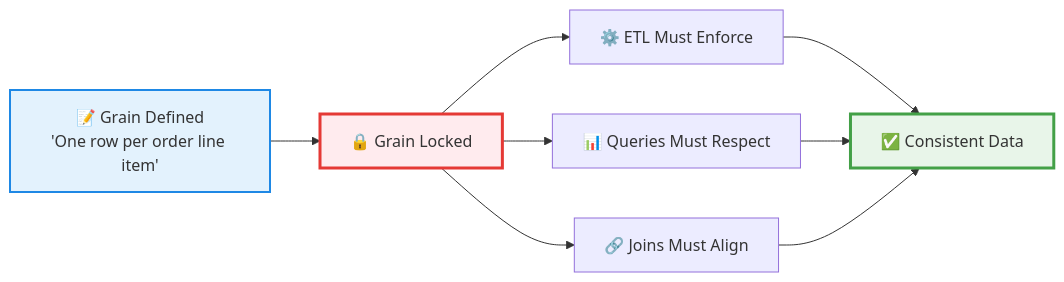
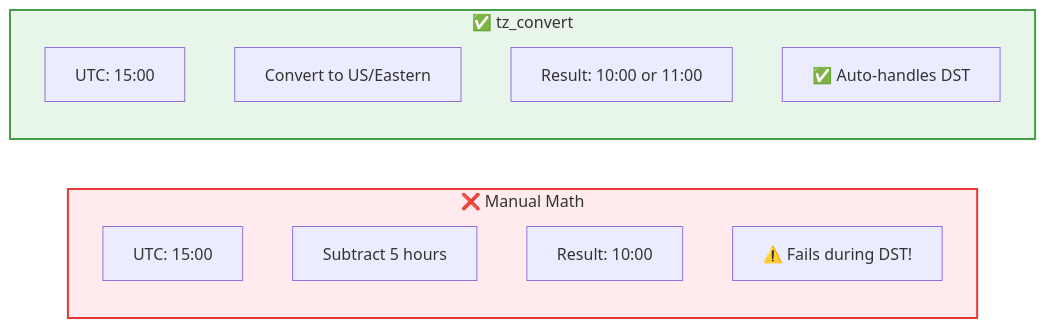
The fourth of 9 diagrams in data-modeling/Data engineering grain mismatch handling.md (YasinSaberi/data-engineering-notes), drawn with Mermaid before and after one commit. The commit also changed other lines of this file, not shown here.

Commit message:
Update Data engineering grain mismatch handling.md

````diff
--- a/data-modeling/Data engineering grain mismatch handling.md
+++ b/data-modeling/Data engineering grain mismatch handling.md
@@ -88,14 +154,19 @@
 ```mermaid
 flowchart LR
-    A["📝 Grain Defined<br/>'One row per order line item'"] --> B["🔒 Grain Locked"]
-    B --> C["⚙️ ETL Must Enforce"]
-    B --> D["📊 Queries Must Respect"]
-    B --> E["🔗 Joins Must Align"]
-    C --> F["✅ Consistent Data"]
-    D --> F
-    E --> F
+    subgraph Wrong["❌ Manual Math"]
+        W1["UTC: 15:00"]
+        W2["Subtract 5 hours"]
+        W3["Result: 10:00"]
+        W4["⚠️ Fails during DST!"]
+    end
 
-    style A fill:#e3f2fd,stroke:#1e88e5,stroke-width:2px
-    style B fill:#ffebee,stroke:#e53935,stroke-width:3px
-    style F fill:#e8f5e9,stroke:#43a047,stroke-width:3px
+    subgraph Right["✅ tz_convert"]
+        R1["UTC: 15:00"]
+        R2["Convert to US/Eastern"]
+        R3["Result: 10:00 or 11:00"]
+        R4["✅ Auto-handles DST"]
+    end
+
+    style Wrong fill:#ffebee,stroke:#e53935,stroke-width:2px
+    style Right fill:#e8f5e9,stroke:#43a047,stroke-width:2px
 ```
````
